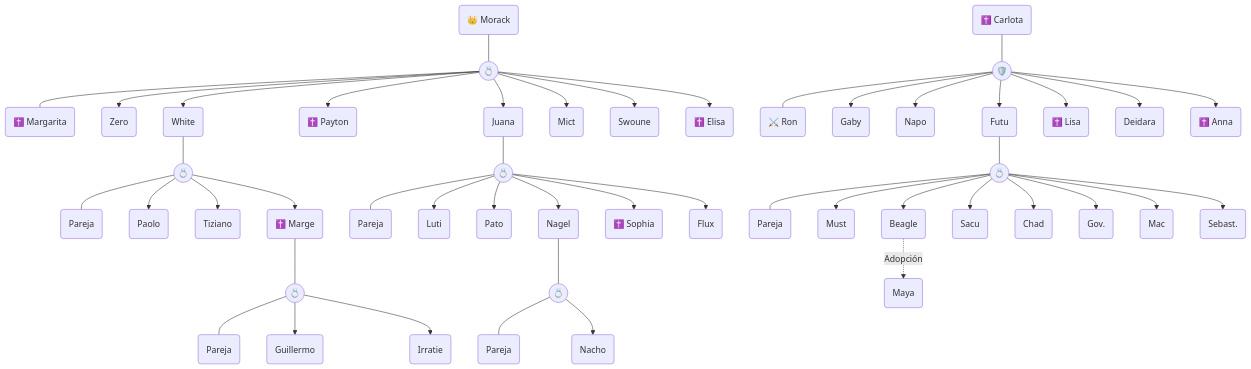
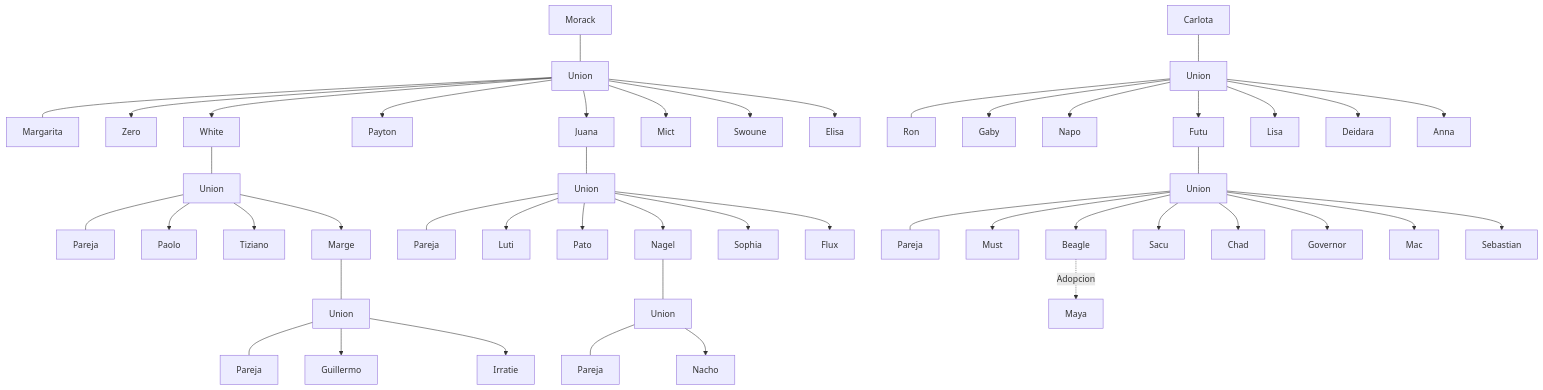
One commit to mortalpues-pixel/helmreich-wiki changed the diagram in content/04_Árbol Genealógico/Árbol Genealógico.md. Above: the diagram before and after it, drawn with Mermaid.

Commit message:
Ultra-safe Mermaid syntax test (no emojis, no complex nodes)

````diff
--- a/content/04_Árbol Genealógico/Árbol Genealógico.md
+++ b/content/04_Árbol Genealógico/Árbol Genealógico.md
@@ -9,53 +9,51 @@
 ```mermaid
-flowchart TD
-    %% --- RAMA PRIMARIA ---
-    Morack("👑 Morack") --- M_Union(("💍")) --- Margarita("✝️ Margarita")
+graph TD
+    Morack[Morack] --- M_Union[Union] --- Margarita[Margarita]
     
-    M_Union --> Zero("Zero")
-    M_Union --> White("White")
-    M_Union --> Payton("✝️ Payton")
-    M_Union --> Juana("Juana")
-    M_Union --> Mict("Mict")
-    M_Union --> Swoune("Swoune")
-    M_Union --> Elisa("✝️ Elisa")
+    M_Union --> Zero[Zero]
+    M_Union --> White[White]
+    M_Union --> Payton[Payton]
+    M_Union --> Juana[Juana]
+    M_Union --> Mict[Mict]
+    M_Union --> Swoune[Swoune]
+    M_Union --> Elisa[Elisa]
 
-    White --- W_Union(("💍")) --- W_Spouse("Pareja")
-    W_Union --> Paolo("Paolo")
-    W_Union --> Tiziano("Tiziano")
-    W_Union --> Marge("✝️ Marge")
+    White --- W_Union[Union] --- W_Spouse[Pareja]
+    W_Union --> Paolo[Paolo]
+    W_Union --> Tiziano[Tiziano]
+    W_Union --> Marge[Marge]
 
-    Marge --- Ma_Union(("💍")) --- Ma_Spouse("Pareja")
-    Ma_Union --> Guillermo("Guillermo")
-    Ma_Union --> Irratie("Irratie")
+    Marge --- Ma_Union[Union] --- Ma_Spouse[Pareja]
+    Ma_Union --> Guillermo[Guillermo]
+    Ma_Union --> Irratie[Irratie]
 
-    Juana --- J_Union(("💍")) --- J_Spouse("Pareja")
-    J_Union --> Luti("Luti")
-    J_Union --> Pato("Pato")
-    J_Union --> Nagel("Nagel")
-    J_Union --> Sophia("✝️ Sophia")
-    J_Union --> Flux("Flux")
+    Juana --- J_Union[Union] --- J_Spouse[Pareja]
+    J_Union --> Luti[Luti]
+    J_Union --> Pato[Pato]
+    J_Union --> Nagel[Nagel]
+    J_Union --> Sophia[Sophia]
+    J_Union --> Flux[Flux]
 
-    Nagel --- N_Union(("💍")) --- N_Spouse("Pareja")
-    N_Union --> Nacho("Nacho")
+    Nagel --- N_Union[Union] --- N_Spouse[Pareja]
+    N_Union --> Nacho[Nacho]
 
-    %% --- RAMA SECUNDARIA ---
-    Carlota("✝️ Carlota") --- C_Union(("🛡️")) --- Ron("⚔️ Ron")
+    Carlota[Carlota] --- C_Union[Union] --- Ron[Ron]
 
-    C_Union --> Gaby("Gaby")
-    C_Union --> Napo("Napo")
-    C_Union --> Futu("Futu")
-    C_Union --> Lisa("✝️ Lisa")
-    C_Union --> Deidara("Deidara")
-    C_Union --> Anna("✝️ Anna")
+    C_Union --> Gaby[Gaby]
+    C_Union --> Napo[Napo]
+    C_Union --> Futu[Futu]
+    C_Union --> Lisa[Lisa]
+    C_Union --> Deidara[Deidara]
+    C_Union --> Anna[Anna]
 
-    Futu --- F_Union(("💍")) --- F_Spouse("Pareja")
-    F_Union --> Must("Must")
-    F_Union --> Beagle("Beagle")
-    F_Union --> Sacu("Sacu")
-    F_Union --> Chad("Chad")
-    F_Union --> Governor("Gov.")
-    F_Union --> Mac("Mac")
-    F_Union --> Sebastian("Sebast.")
+    Futu --- F_Union[Union] --- F_Spouse[Pareja]
+    F_Union --> Must[Must]
+    F_Union --> Beagle[Beagle]
+    F_Union --> Sacu[Sacu]
+    F_Union --> Chad[Chad]
+    F_Union --> Governor[Governor]
+    F_Union --> Mac[Mac]
+    F_Union --> Sebastian[Sebastian]
 
-    Beagle -. Adopción .-> Maya("Maya")
+    Beagle -. Adopcion .-> Maya[Maya]
 ```
````
